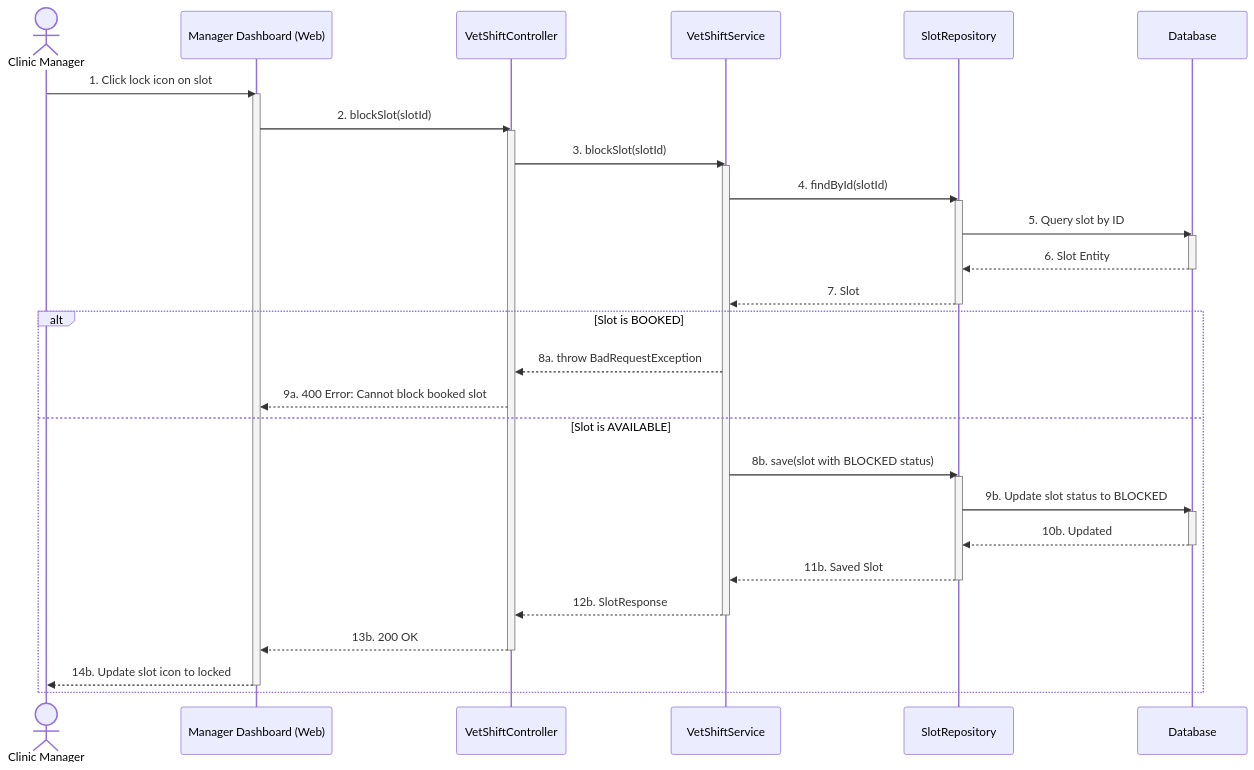
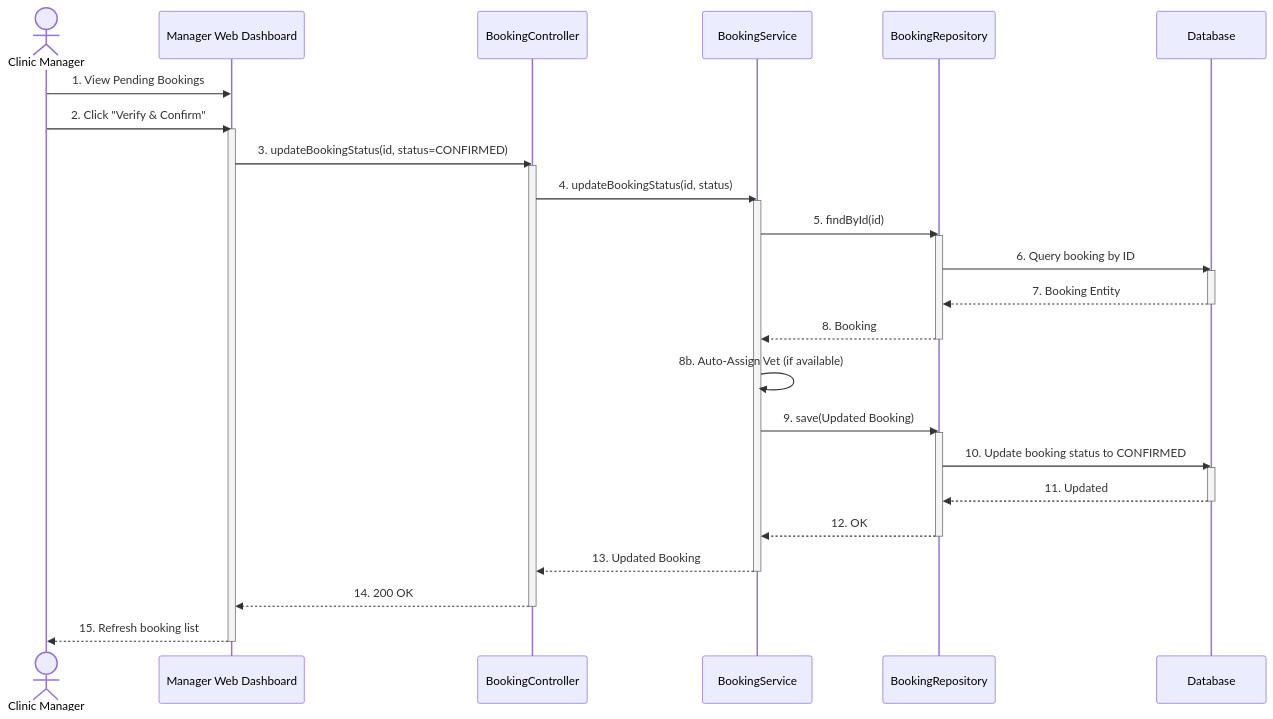
Diagram 32 of 41 in docs-references/documentation/SDD/REPORT_4_SDD_SYSTEM_DESIGN.md (espresso23/Petties-Veterinary-Appointment-Booking-Platform), drawn with Mermaid before and after one commit. The commit also changed other lines of this file and 9 other files, not shown here.

````diff
--- a/docs-references/documentation/SDD/REPORT_4_SDD_SYSTEM_DESIGN.md
+++ b/docs-references/documentation/SDD/REPORT_4_SDD_SYSTEM_DESIGN.md
@@ -2403,43 +2362,40 @@
 ```mermaid
 sequenceDiagram
     actor M as Clinic Manager
-    participant UI as Manager Dashboard (Web)
-    participant C as VetShiftController
-    participant S as VetShiftService
-    participant SR as SlotRepository
+    participant UI as Manager Web Dashboard
+    participant BC as BookingController
+    participant BS as BookingService
+    participant BR as BookingRepository
     participant DB as Database
 
-    M->>UI: 1. Click lock icon on slot
+    M->>UI: 1. View Pending Bookings
+    M->>UI: 2. Click "Verify & Confirm"
     activate UI
-    UI->>C: 2. blockSlot(slotId)
-    activate C
-    C->>S: 3. blockSlot(slotId)
-    activate S
-    S->>SR: 4. findById(slotId)
-    activate SR
-    SR->>DB: 5. Query slot by ID
+    UI->>BC: 3. updateBookingStatus(id, status=CONFIRMED)
+    activate BC
+    BC->>BS: 4. updateBookingStatus(id, status)
+    activate BS
+    BS->>BR: 5. findById(id)
+    activate BR
+    BR->>DB: 6. Query booking by ID
     activate DB
-    DB-->>SR: 6. Slot Entity
+    DB-->>BR: 7. Booking Entity
     deactivate DB
-    SR-->>S: 7. Slot
-    deactivate SR
-    alt Slot is BOOKED
-        S-->>C: 8a. throw BadRequestException
-        C-->>UI: 9a. 400 Error: Cannot block booked slot
-    else Slot is AVAILABLE
-        S->>SR: 8b. save(slot with BLOCKED status)
-        activate SR
-        SR->>DB: 9b. Update slot status to BLOCKED
-        activate DB
-        DB-->>SR: 10b. Updated
-        deactivate DB
-        SR-->>S: 11b. Saved Slot
-        deactivate SR
-        S-->>C: 12b. SlotResponse
-        deactivate S
-        C-->>UI: 13b. 200 OK
-        deactivate C
-        UI-->>M: 14b. Update slot icon to locked
-        deactivate UI
-    end
+    BR-->>BS: 8. Booking
+    deactivate BR
+    BS->>BS: 8b. Auto-Assign Vet (if available)
+    BS->>BR: 9. save(Updated Booking)
+    activate BR
+    BR->>DB: 10. Update booking status to CONFIRMED
+    activate DB
+    DB-->>BR: 11. Updated
+    deactivate DB
+    BR-->>BS: 12. OK
+    deactivate BR
+    BS-->>BC: 13. Updated Booking
+    deactivate BS
+    BC-->>UI: 14. 200 OK
+    deactivate BC
+    UI-->>M: 15. Refresh booking list
+    deactivate UI
 ```
````
